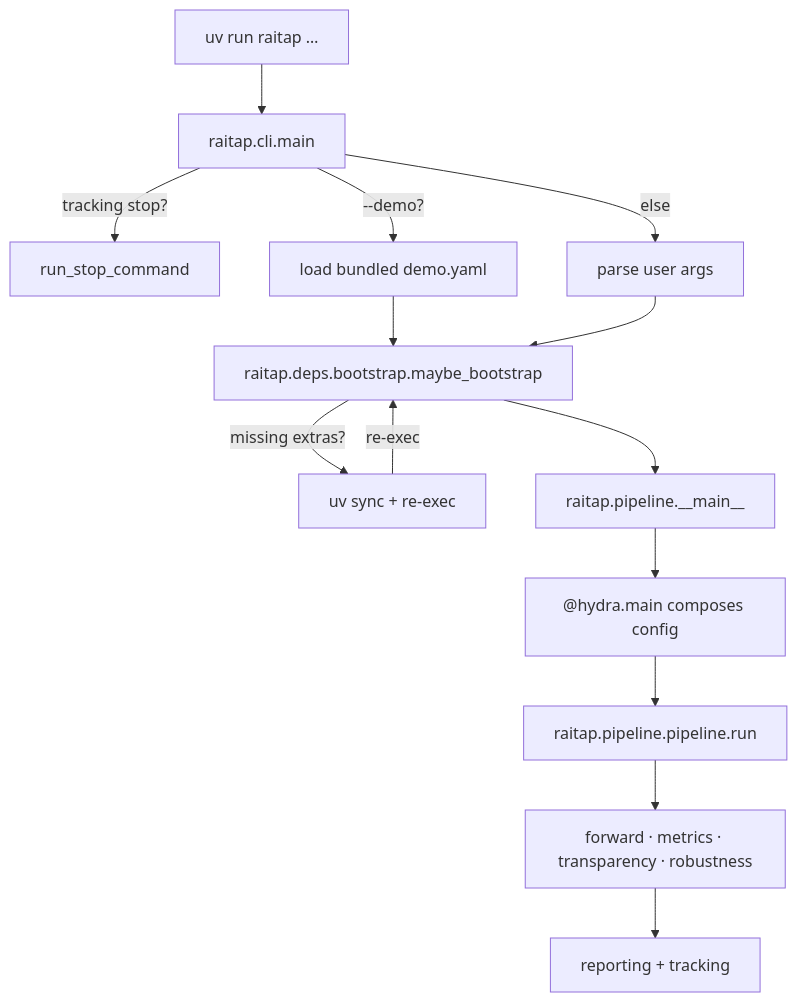
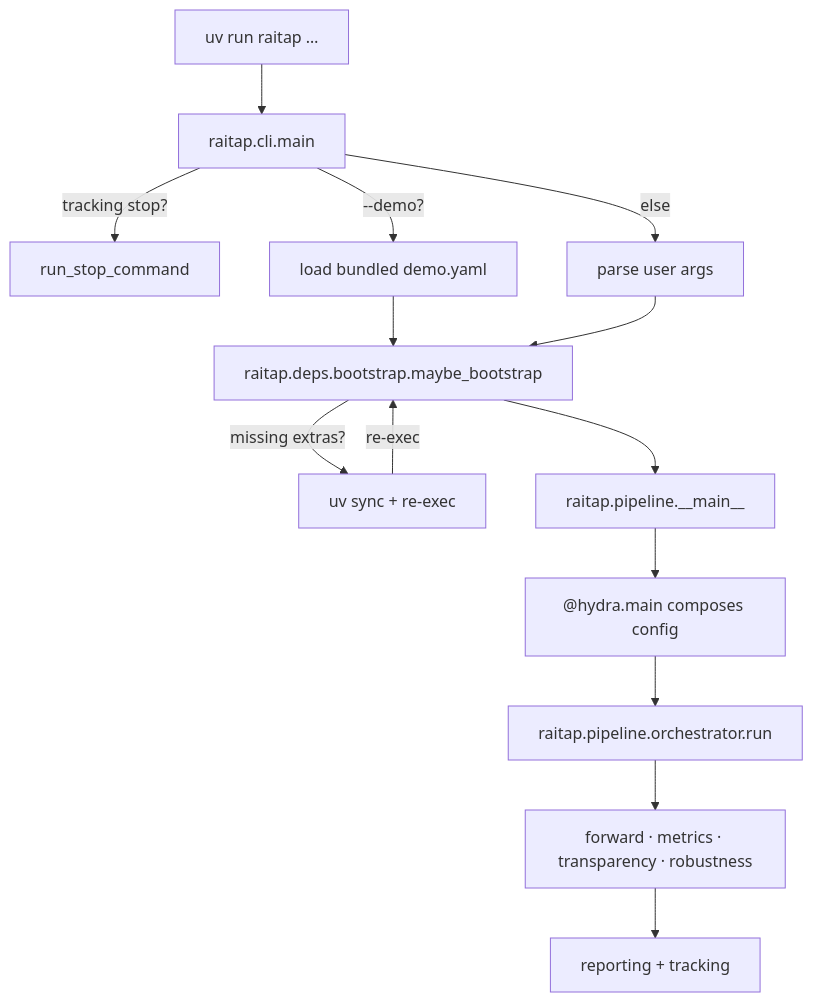
One commit to CAIIVS/raitap changed the diagram in docs/contributor/architecture.md. Above: the diagram before and after it, drawn with Mermaid. The commit also changed other lines of this file and 168 other files, not shown here.

````diff
--- a/docs/contributor/architecture.md
+++ b/docs/contributor/architecture.md
@@ -9,16 +17,19 @@
 ```{mermaid}
+:alt: Data flow from CLI entry through deps bootstrap, Hydra composition, and the pipeline phases to reporting and tracking.
+:caption: RAITAP data-flow — CLI to reporting.
+
 flowchart TB
   A[uv run raitap …] --> B[raitap.cli.main]
   B -->|tracking stop?| Z[run_stop_command]
   B -->|--demo?| C1[load bundled demo.yaml]
   B -->|else| C2[parse user args]
   C1 --> D[raitap.deps.bootstrap.maybe_bootstrap]
   C2 --> D
   D -->|missing extras?| D1[uv sync + re-exec]
   D1 -->|re-exec| D
   D --> E[raitap.pipeline.__main__]
   E --> F["@hydra.main composes config"]
-  F --> G[raitap.pipeline.pipeline.run]
+  F --> G[raitap.pipeline.orchestrator.run]
   G --> H[forward · metrics · transparency · robustness]
   H --> I[reporting + tracking]
 ```
````
